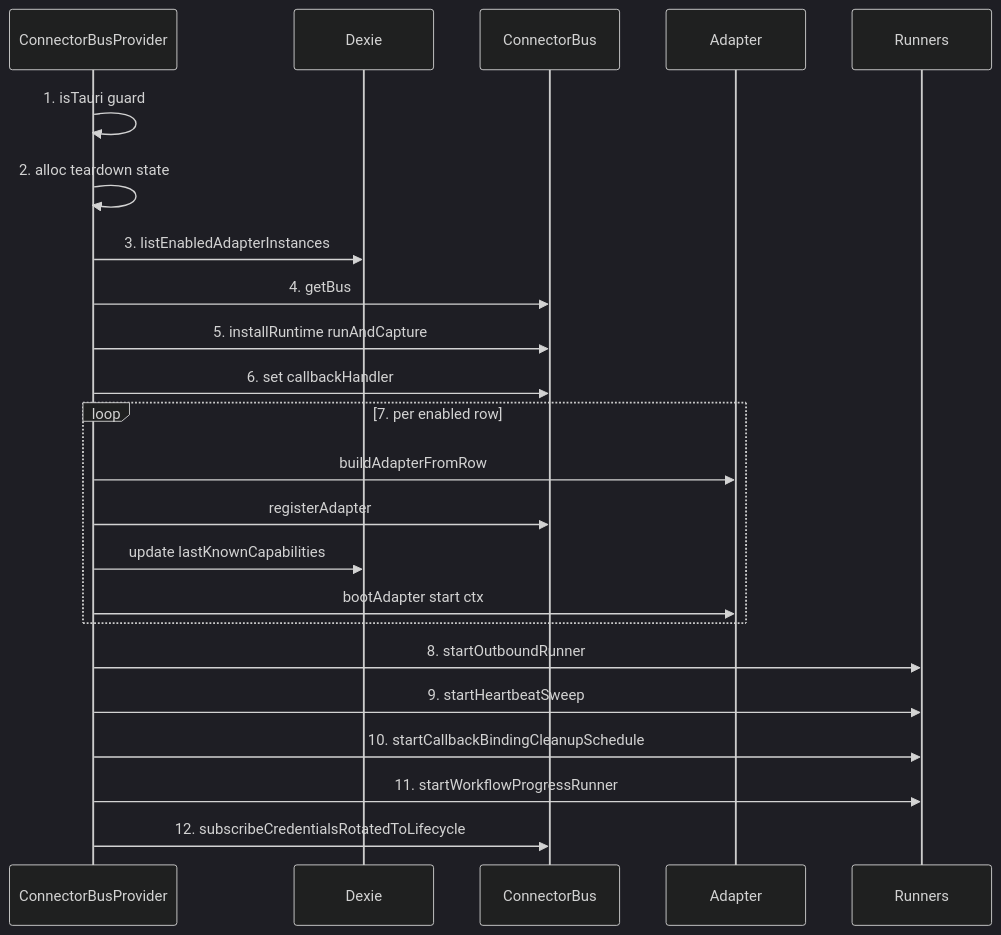
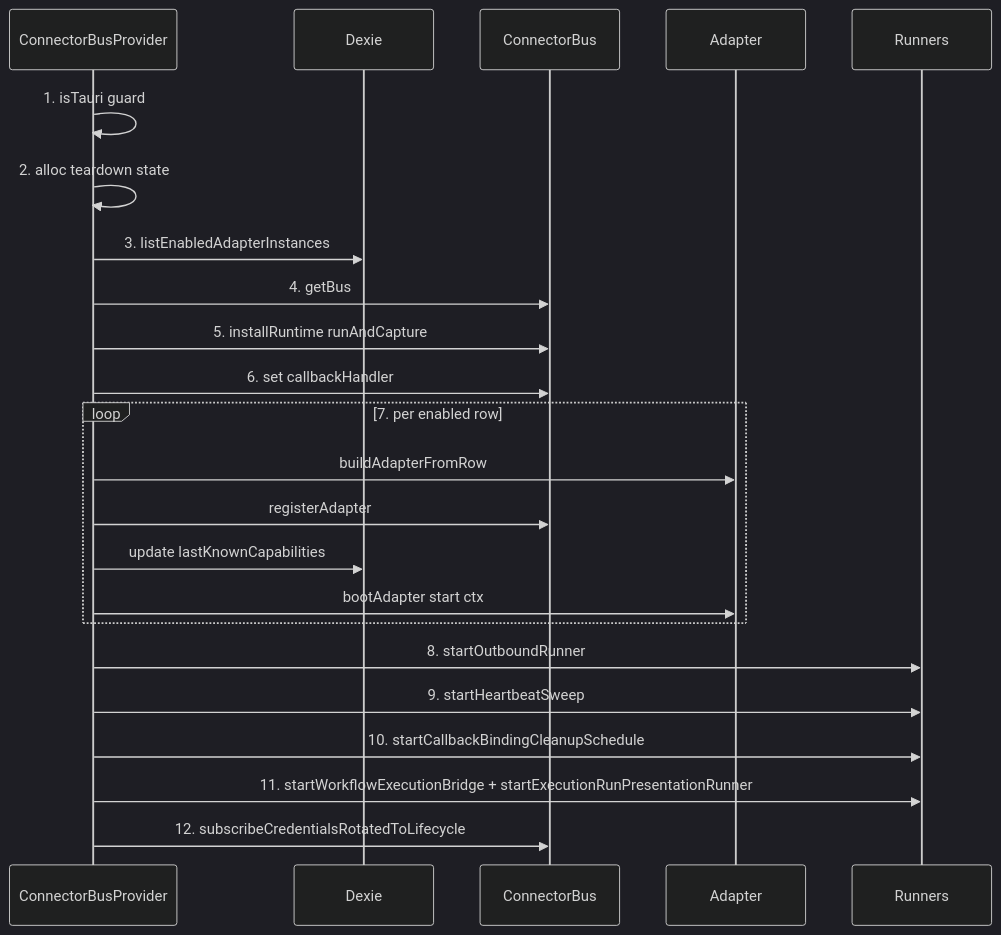
Before and after one commit to MaxQian888/cognia-next: the first of 3 diagrams in docs/content/docs/en/subsystems/platform-connectors/ui-and-plugins.mdx, drawn with Mermaid (dark theme). The commit also changed other lines of this file and 61 other files, not shown here.

First line of the commit message:
chore(connectors): remove dormant workflow-progress-runner and dead helpers

````diff
--- a/docs/content/docs/en/subsystems/platform-connectors/ui-and-plugins.mdx
+++ b/docs/content/docs/en/subsystems/platform-connectors/ui-and-plugins.mdx
@@ -113,25 +130,25 @@
 ```mermaid
 sequenceDiagram
   participant P as ConnectorBusProvider
   participant DB as Dexie
   participant B as ConnectorBus
   participant A as Adapter
   participant R as Runners
   P->>P: 1. isTauri guard
   P->>P: 2. alloc teardown state
   P->>DB: 3. listEnabledAdapterInstances
   P->>B: 4. getBus
   P->>B: 5. installRuntime runAndCapture
   P->>B: 6. set callbackHandler
   loop 7. per enabled row
     P->>A: buildAdapterFromRow
     P->>B: registerAdapter
     P->>DB: update lastKnownCapabilities
     P->>A: bootAdapter start ctx
   end
   P->>R: 8. startOutboundRunner
   P->>R: 9. startHeartbeatSweep
   P->>R: 10. startCallbackBindingCleanupSchedule
-  P->>R: 11. startWorkflowProgressRunner
+  P->>R: 11. startWorkflowExecutionBridge + startExecutionRunPresentationRunner
   P->>B: 12. subscribeCredentialsRotatedToLifecycle
 ```
````
